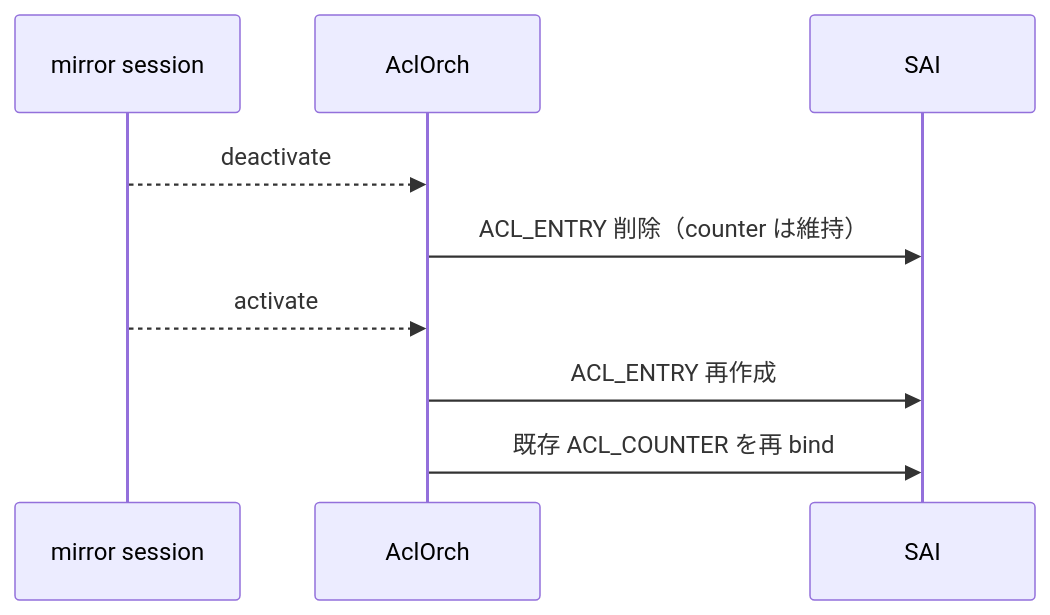
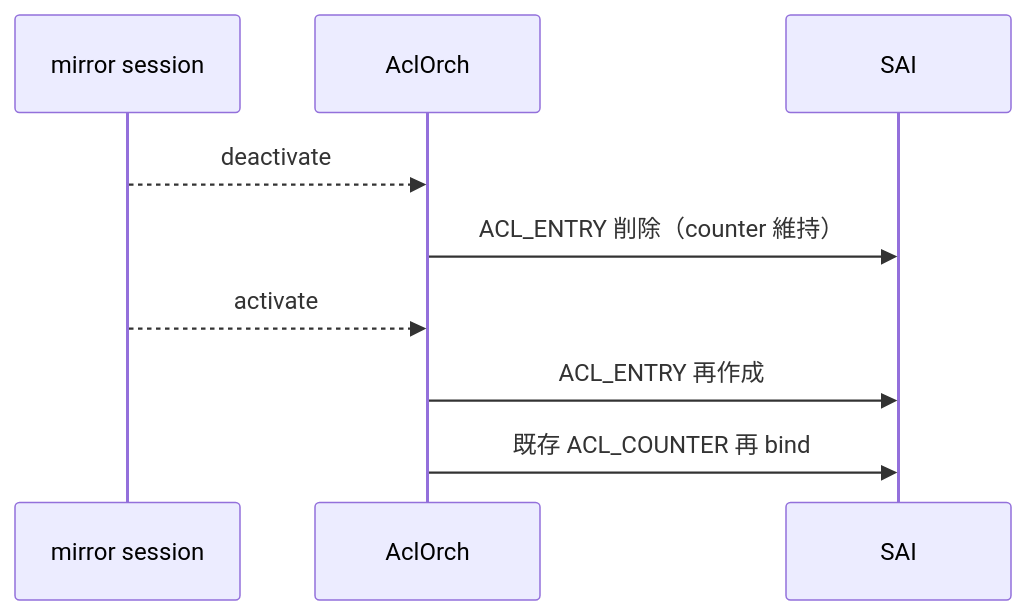
One commit to aoki-taquan/sonic-unofficial-docs changed the second of 2 diagrams in docs/acl-qos/acl-flex-counters-support.md. Above: the diagram before and after it, drawn with Mermaid. The commit also changed other lines of this file and 4 other files, not shown here.

````diff
--- a/docs/acl-qos/acl-flex-counters-support.md
+++ b/docs/acl-qos/acl-flex-counters-support.md
@@ -177,11 +106,11 @@
 ```mermaid
 sequenceDiagram
     participant Sess as mirror session
     participant AO as AclOrch
     participant SAI
     Sess-->>AO: deactivate
-    AO->>SAI: ACL_ENTRY 削除（counter は維持）
+    AO->>SAI: ACL_ENTRY 削除（counter 維持）
     Sess-->>AO: activate
     AO->>SAI: ACL_ENTRY 再作成
-    AO->>SAI: 既存 ACL_COUNTER を再 bind
+    AO->>SAI: 既存 ACL_COUNTER 再 bind
 ```
````
